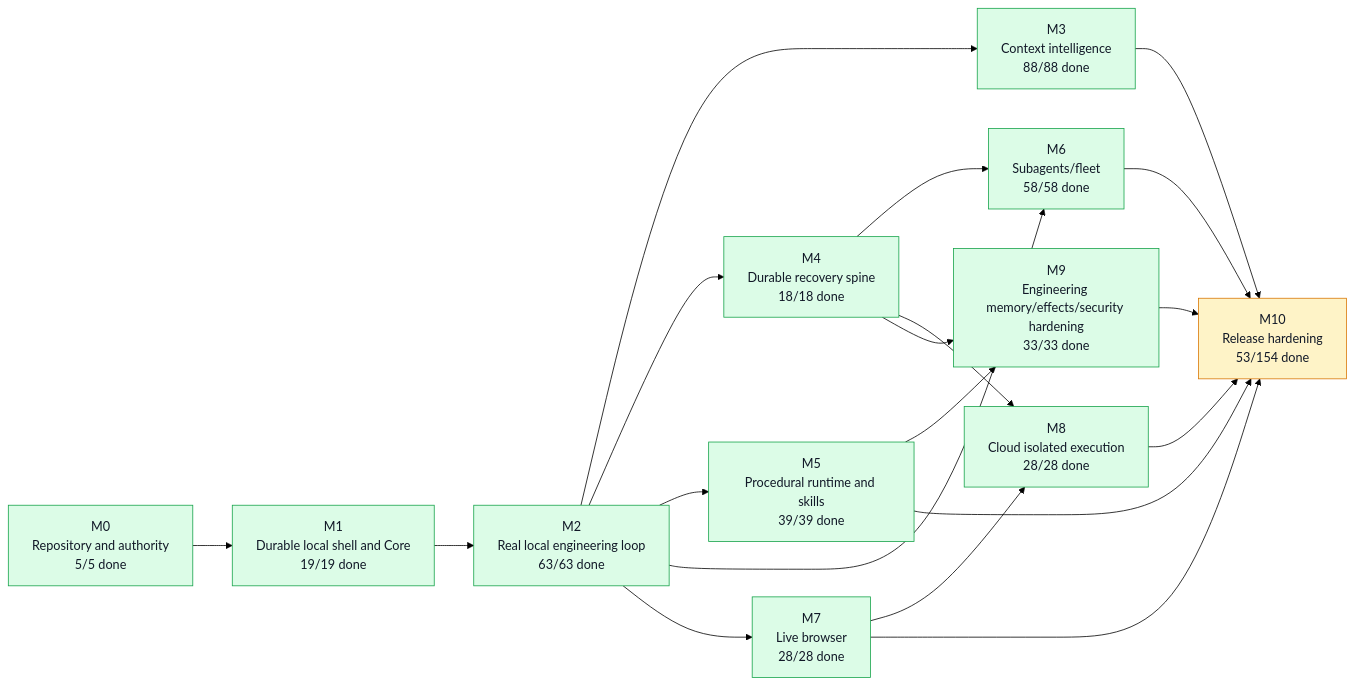
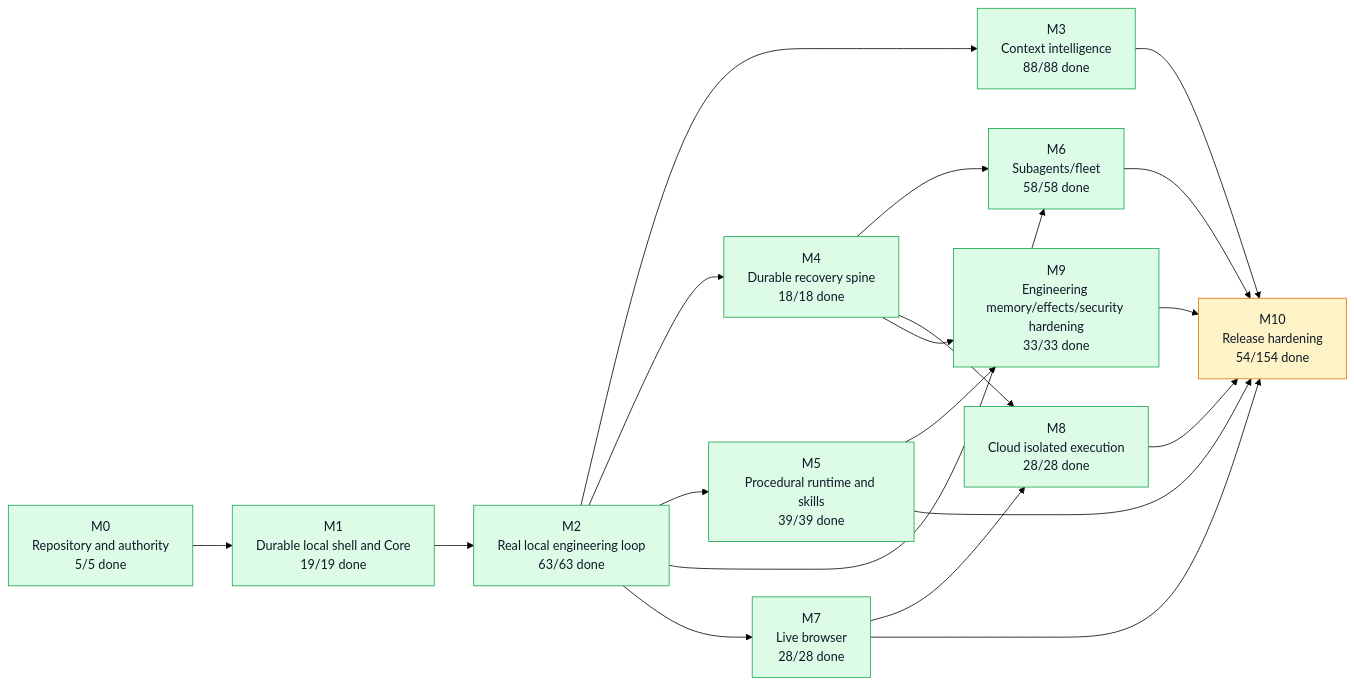
Before and after one commit to moss101/modbit: the first of 5 diagrams in graph/PROJECT_GRAPH.md, drawn with Mermaid (forest theme). The commit also changed other lines of this file and 5 other files, not shown here.

````diff
--- a/graph/PROJECT_GRAPH.md
+++ b/graph/PROJECT_GRAPH.md
@@ -57,43 +57,43 @@
 ```mermaid
 flowchart LR
   M0["M0<br/>Repository and authority<br/>5/5 done"]
   M1["M1<br/>Durable local shell and Core<br/>19/19 done"]
   M2["M2<br/>Real local engineering loop<br/>63/63 done"]
   M3["M3<br/>Context intelligence<br/>88/88 done"]
   M4["M4<br/>Durable recovery spine<br/>18/18 done"]
   M5["M5<br/>Procedural runtime and skills<br/>39/39 done"]
   M6["M6<br/>Subagents/fleet<br/>58/58 done"]
   M7["M7<br/>Live browser<br/>28/28 done"]
   M8["M8<br/>Cloud isolated execution<br/>28/28 done"]
   M9["M9<br/>Engineering memory/effects/security hardening<br/>33/33 done"]
-  M10["M10<br/>Release hardening<br/>53/154 done"]
+  M10["M10<br/>Release hardening<br/>54/154 done"]
   M0 --> M1
   M1 --> M2
   M2 --> M3
   M2 --> M4
   M2 --> M5
   M2 --> M6
   M4 --> M6
   M2 --> M7
   M4 --> M8
   M7 --> M8
   M4 --> M9
   M5 --> M9
   M3 --> M10
   M5 --> M10
   M6 --> M10
   M7 --> M10
   M8 --> M10
   M9 --> M10
   style M0 fill:#dcfce7,stroke:#16a34a,color:#111827
   style M1 fill:#dcfce7,stroke:#16a34a,color:#111827
   style M2 fill:#dcfce7,stroke:#16a34a,color:#111827
   style M3 fill:#dcfce7,stroke:#16a34a,color:#111827
   style M4 fill:#dcfce7,stroke:#16a34a,color:#111827
   style M5 fill:#dcfce7,stroke:#16a34a,color:#111827
   style M6 fill:#dcfce7,stroke:#16a34a,color:#111827
   style M7 fill:#dcfce7,stroke:#16a34a,color:#111827
   style M8 fill:#dcfce7,stroke:#16a34a,color:#111827
   style M9 fill:#dcfce7,stroke:#16a34a,color:#111827
   style M10 fill:#fef3c7,stroke:#d97706,color:#111827
 ```
````
